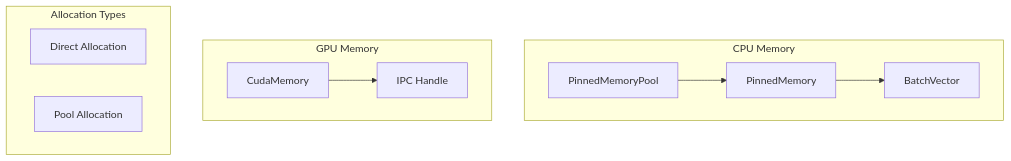
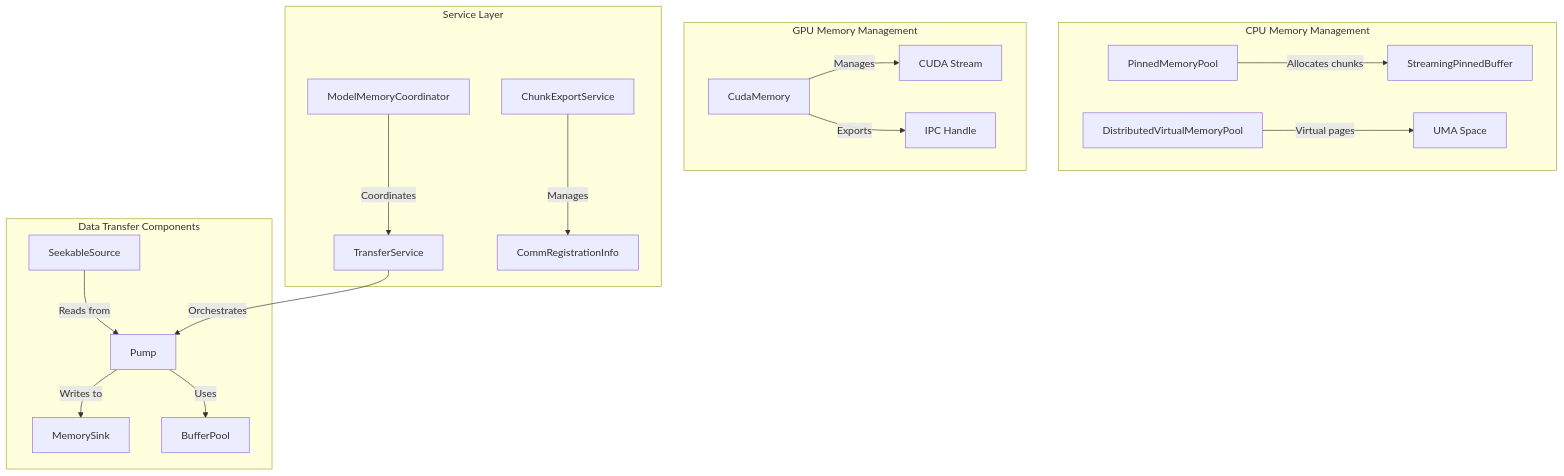
The fifth of 16 diagrams in web-docs/docs/developer-guides/core/store/architecture.md (tensorcast-ai/tensorcast), drawn with Mermaid before and after one commit. The commit also changed other lines of this file and 66 other files, not shown here.

````diff
--- a/web-docs/docs/developer-guides/core/store/architecture.md
+++ b/web-docs/docs/developer-guides/core/store/architecture.md
@@ -180,23 +243,41 @@
 ```mermaid
 graph TB
-    subgraph "CPU Memory"
+    subgraph "CPU Memory Management"
         PMP[PinnedMemoryPool]
-        PM[PinnedMemory]
-        BV[BatchVector]
+        DVMP[DistributedVirtualMemoryPool]
+        SPB[StreamingPinnedBuffer]
 
-        PMP --> PM
-        PM --> BV
+        PMP -->|Allocates chunks| SPB
+        DVMP -->|Virtual pages| UMA[UMA Space]
     end
 
-    subgraph "GPU Memory"
+    subgraph "GPU Memory Management"
         CM[CudaMemory]
+        CS[CUDA Stream]
         IPC[IPC Handle]
 
-        CM --> IPC
+        CM -->|Manages| CS
+        CM -->|Exports| IPC
     end
 
-    subgraph "Allocation Types"
-        DIRECT[Direct Allocation]
-        POOLED[Pool Allocation]
+    subgraph "Data Transfer Components"
+        SS[SeekableSource]
+        Sink[MemorySink]
+        P[Pump]
+        BP[BufferPool]
+
+        SS -->|Reads from| P
+        P -->|Writes to| Sink
+        P -->|Uses| BP
+    end
+
+    subgraph "Service Layer"
+        TS[TransferService]
+        CES[ChunkExportService]
+        MMC[ModelMemoryCoordinator]
+
+        TS -->|Orchestrates| P
+        CES -->|Manages| CRI[CommRegistrationInfo]
+        MMC -->|Coordinates| TS
     end
 ```
````
